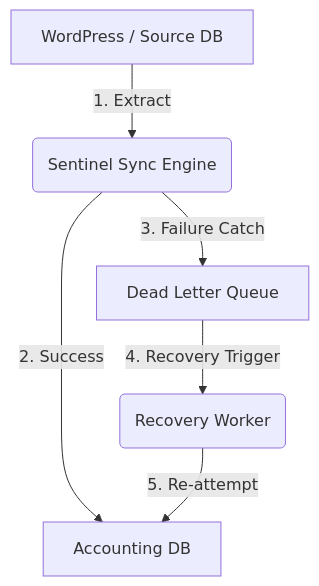
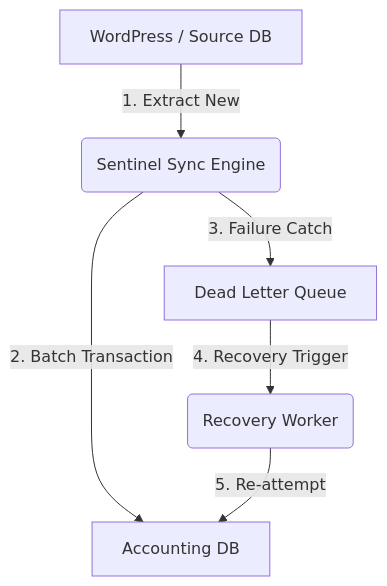
The diagram in README.md (Hawsome/sentinel-sync-engine), drawn with Mermaid before and after one commit. The commit also changed other lines of this file and 11 other files, not shown here.

Commit message:
Architectural upgrades: State tracking, transaction batching, lock files, and dotenv configuration

````diff
--- a/README.md
+++ b/README.md
@@ -24,8 +25,8 @@
 ```mermaid
 graph TD
-    A[WordPress / Source DB] -->|1. Extract| B(Sentinel Sync Engine)
-    B -->|2. Success| C[Accounting DB]
+    A[WordPress / Source DB] -->|1. Extract New| B(Sentinel Sync Engine)
+    B -->|2. Batch Transaction| C[Accounting DB]
     B -->|3. Failure Catch| D[Dead Letter Queue]
     D -->|4. Recovery Trigger| E(Recovery Worker)
     E -->|5. Re-attempt| C
 ```
````
